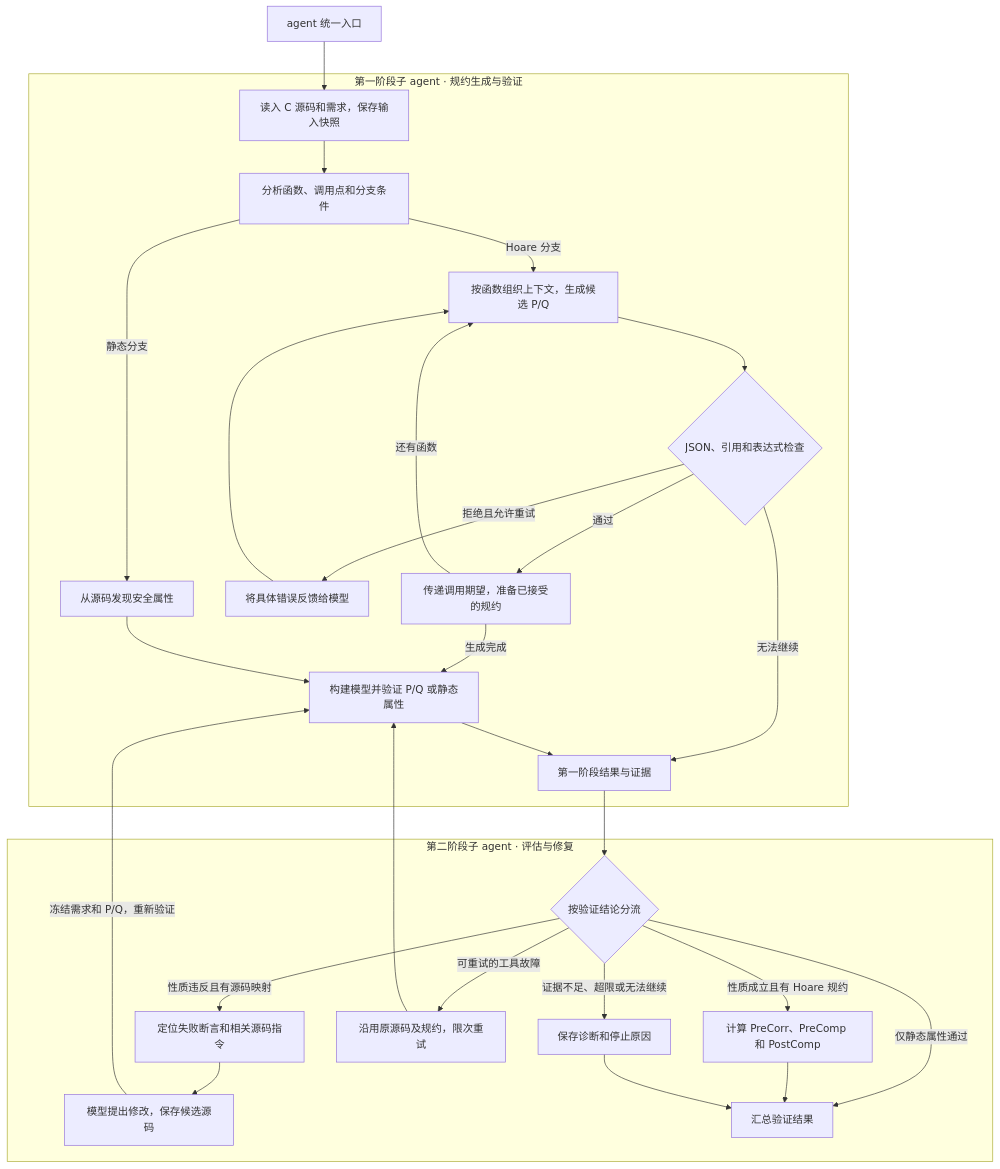
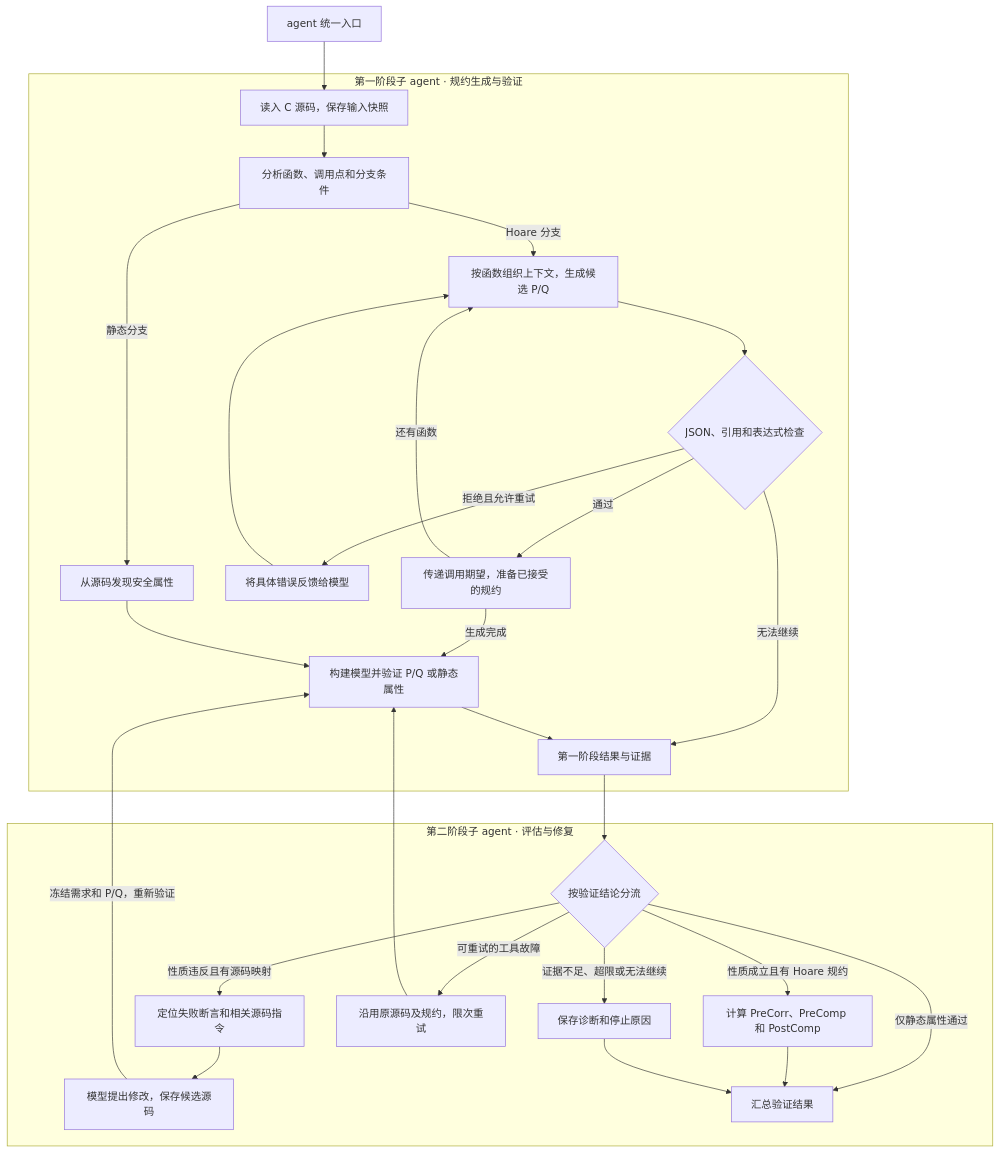
The second of 2 diagrams in README.md (Teemmo11/-agent), drawn with Mermaid before and after one commit. The commit also changed other lines of this file, not shown here.

Commit message:
Simplify source input labels in workflow diagrams

````diff
--- a/README.md
+++ b/README.md
@@ -32,36 +32,36 @@
 ```mermaid
 flowchart TD
-    C["agent 统一入口"] --> A["读入 C 源码和需求，保存输入快照"]
+    C["agent 统一入口"] --> A["读入 C 源码，保存输入快照"]
 
     subgraph PHASE1["第一阶段子 agent · 规约生成与验证"]
         A --> B["分析函数、调用点和分支条件"]
         B -->|Hoare 分支| G["按函数组织上下文，生成候选 P/Q"]
         B -->|静态分支| S["从源码发现安全属性"]
         G --> V{"JSON、引用和表达式检查"}
         V -->|拒绝且允许重试| F["将具体错误反馈给模型"]
         F --> G
         V -->|通过| P["传递调用期望，准备已接受的规约"]
         P -->|还有函数| G
         P -->|生成完成| T["构建模型并验证 P/Q 或静态属性"]
         S --> T
         V -->|无法继续| R["第一阶段结果与证据"]
         T --> R
     end
 
     R --> D
 
     subgraph PHASE2["第二阶段子 agent · 评估与修复"]
         D{"按验证结论分流"}
         D -->|性质成立且有 Hoare 规约| E["计算 PreCorr、PreComp 和 PostComp"]
         D -->|性质违反且有源码映射| M["定位失败断言和相关源码指令"]
         M --> X["模型提出修改，保存候选源码"]
         D -->|可重试的工具故障| Y["沿用原源码及规约，限次重试"]
         D -->|证据不足、超限或无法继续| H["保存诊断和停止原因"]
         D -->|仅静态属性通过| J["汇总验证结果"]
     end
 
     X -->|冻结需求和 P/Q，重新验证| T
     Y --> T
     E --> J
     H --> J
 ```
````
